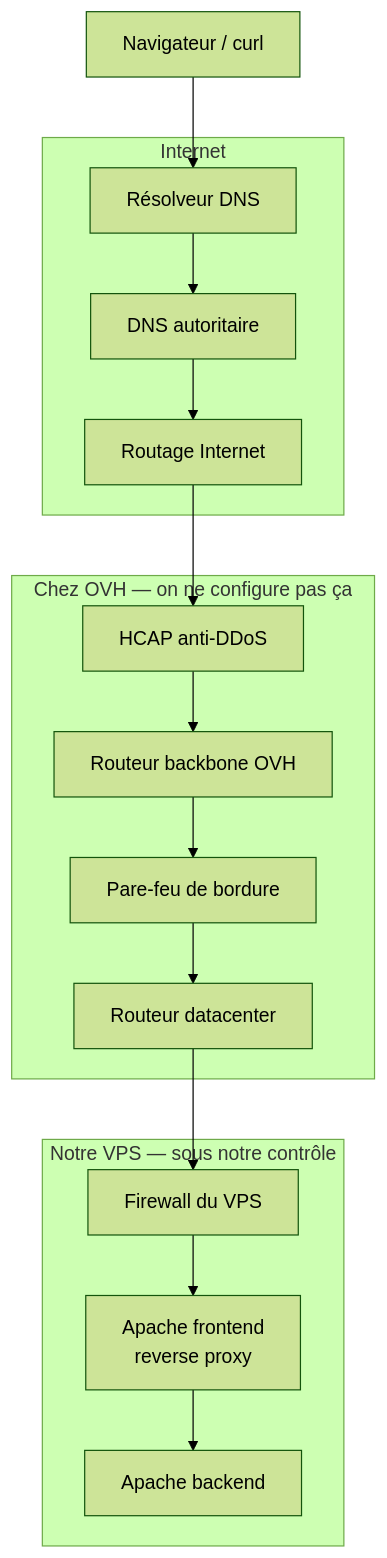
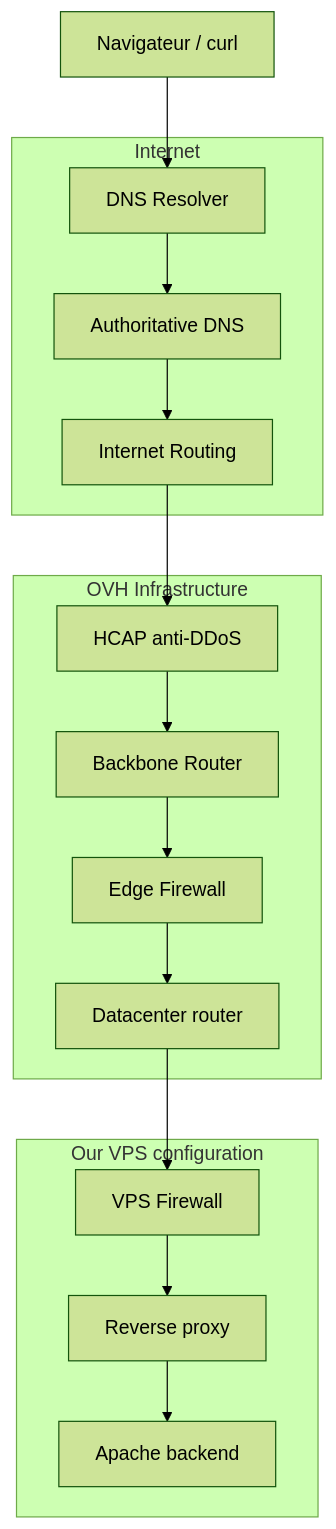
One commit to rlossec/journey-to-vps changed the diagram in explanations/0-intro.md. Above: the diagram before and after it, drawn with Mermaid (forest theme). The commit also changed other lines of this file and 5 other files, not shown here.

````diff
--- a/explanations/0-intro.md
+++ b/explanations/0-intro.md
@@ -28,32 +24,32 @@
 ```mermaid
 flowchart TD
-  A["Navigateur / curl"] --> B["Résolveur DNS"]
-  B --> C["DNS autoritaire"]
-  C --> D["Routage Internet"]
+  A["Navigateur / curl"] --> B["DNS Resolver"]
+  B --> C["Authoritative DNS"]
+  C --> D["Internet Routing"]
   D --> E["HCAP anti-DDoS"]
-  E --> F["Routeur backbone OVH"]
-  F --> G["Pare-feu de bordure"]
-  G --> H["Routeur datacenter"]
-  H --> I["Firewall du VPS"]
-  I --> J["Apache frontend<br/>reverse proxy"]
+  E --> F["Backbone Router"]
+  F --> G["Edge Firewall"]
+  G --> H["Datacenter router"]
+  H --> I["VPS Firewall"]
+  I --> J["Reverse proxy"]
   J --> K["Apache backend"]
 
   subgraph internet["Internet"]
     B
     C
     D
   end
 
-  subgraph ovh["Chez OVH — on ne configure pas ça"]
+  subgraph ovh["OVH Infrastructure"]
     E
     F
     G
     H
   end
 
-  subgraph nous["Notre VPS — sous notre contrôle"]
+  subgraph nous["Our VPS configuration"]
     I
     J
     K
   end
 ```
````
